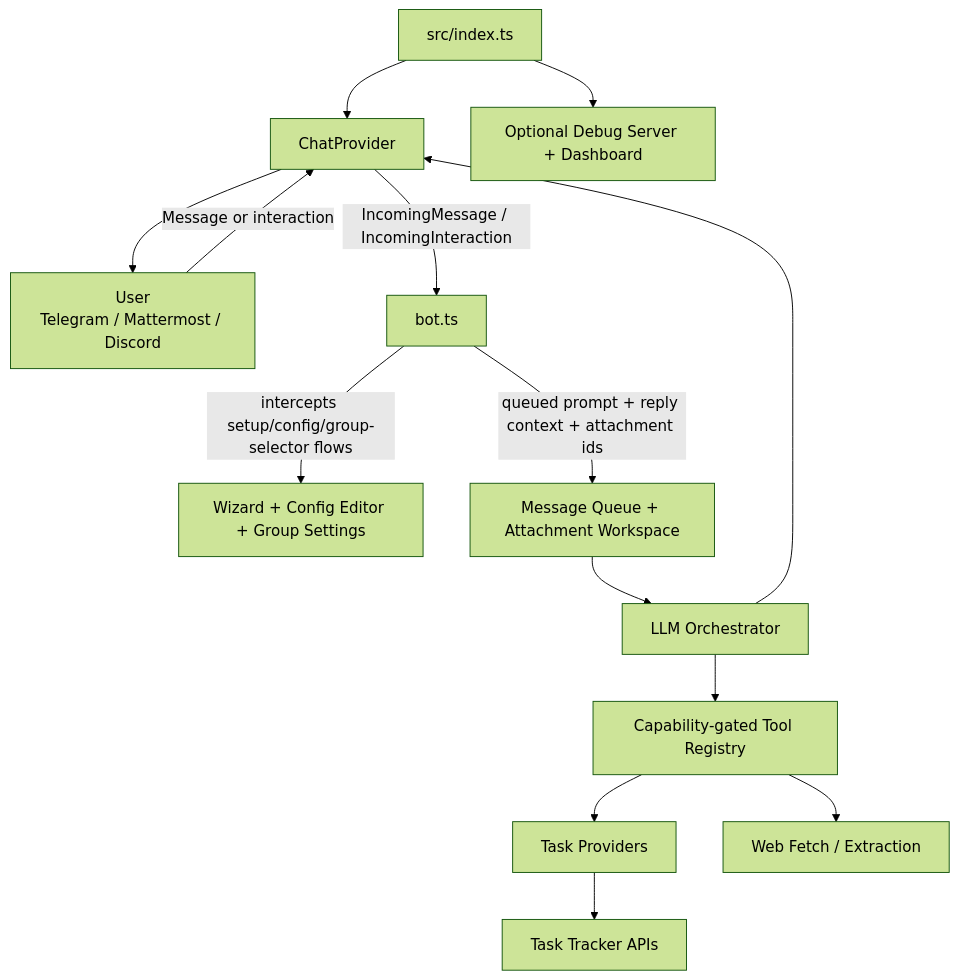
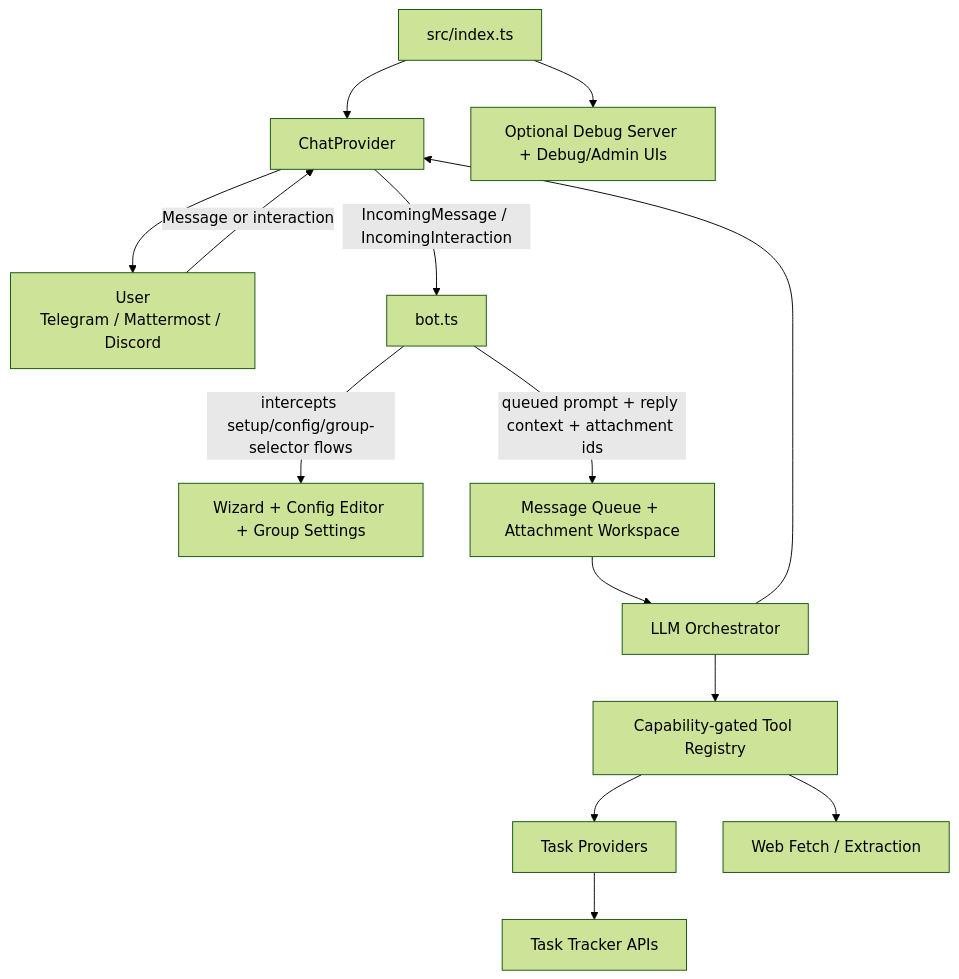
The diagram in README.md (yourpapai/papai), drawn with Mermaid (forest theme) before and after one commit. The commit also changed other lines of this file and 2 other files, not shown here.

Commit message:
docs(admin): document debug and admin split

````diff
--- a/README.md
+++ b/README.md
@@ -148,16 +148,16 @@
 ```mermaid
 flowchart TD
     Runtime[src/index.ts] --> CP[ChatProvider]
-    Runtime --> Debug[Optional Debug Server + Dashboard]
+    Runtime --> Debug[Optional Debug Server + Debug/Admin UIs]
     User[User<br>Telegram / Mattermost / Discord] -->|Message or interaction| CP
     CP -->|IncomingMessage / IncomingInteraction| Bot[bot.ts]
     Bot -->|intercepts setup/config/group-selector flows| Intercept[Wizard + Config Editor + Group Settings]
     Bot -->|queued prompt + reply context + attachment ids| Queue[Message Queue + Attachment Workspace]
     Queue --> LLM[LLM Orchestrator]
     LLM --> Tools[Capability-gated Tool Registry]
     Tools --> Providers[Task Providers]
     Providers --> APIs[Task Tracker APIs]
     Tools --> Web[Web Fetch / Extraction]
     LLM --> CP
     CP --> User
 ```
````
